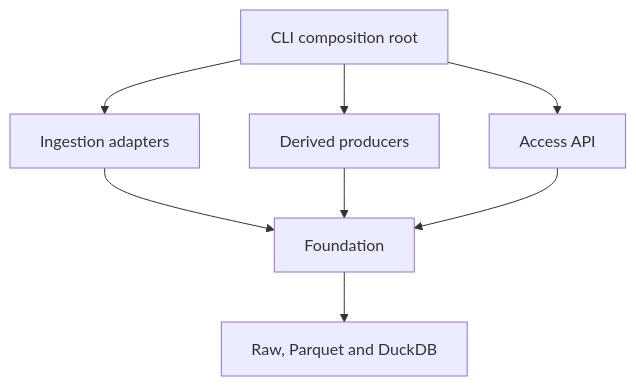
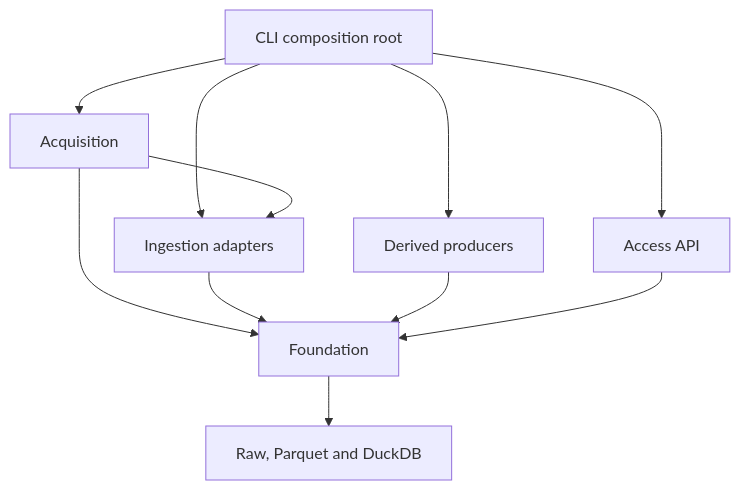
Before and after one commit to abdelrahmanaltawil/database: the diagram in docs/architecture.md, drawn with Mermaid. The commit also changed other lines of this file and 25 other files, not shown here.

````diff
--- a/docs/architecture.md
+++ b/docs/architecture.md
@@ -17,10 +17,13 @@
 ```mermaid
 flowchart TD
-    CLI[CLI composition root] --> ING[Ingestion adapters]
+    CLI[CLI composition root] --> ACQ[Acquisition]
+    CLI --> ING[Ingestion adapters]
     CLI --> DER[Derived producers]
     CLI --> API[Access API]
+    ACQ --> ING
+    ACQ --> FND
     ING --> FND[Foundation]
     DER --> FND
     API --> FND
     FND --> STORE[Raw, Parquet and DuckDB]
 ```
````
